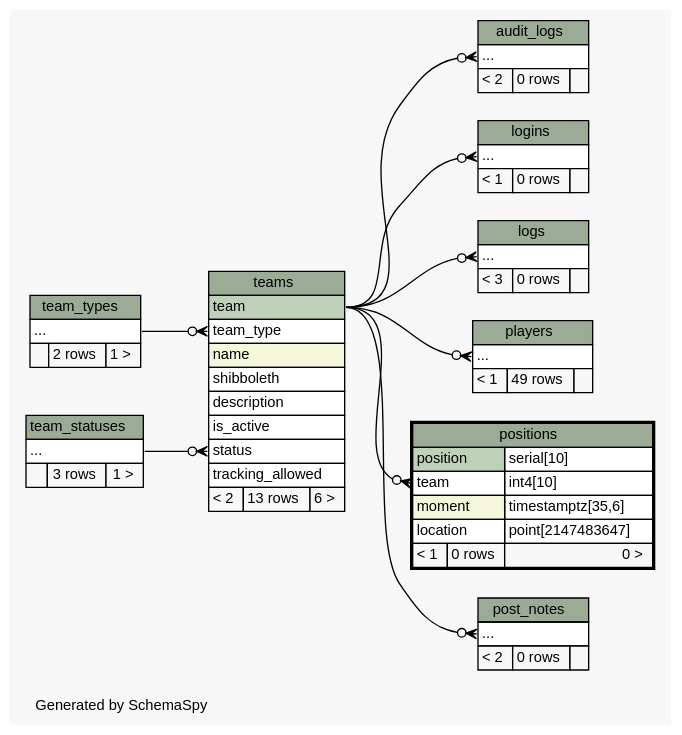
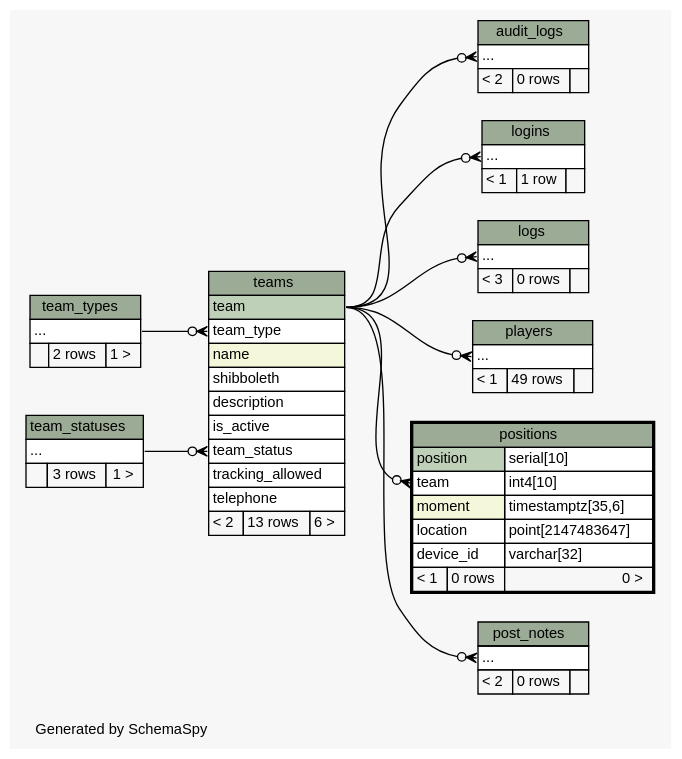
One commit to xmarwin/brazda changed the diagram in Brazda/doc/db/diagrams/positions.2degrees.dot. Above: the diagram before and after it, drawn with Graphviz. The commit also changed 100 other files, not shown here.

```diff
--- a/Brazda/doc/db/diagrams/positions.2degrees.dot
+++ b/Brazda/doc/db/diagrams/positions.2degrees.dot
@@ -1,130 +1,132 @@
 // dot 2.40.1 on Linux 4.11.5-gentoo
 // SchemaSpy rev 590
 digraph "twoDegreesRelationshipsDiagram" {
   graph [
     rankdir="RL"
     bgcolor="#f7f7f7"
     label="\nGenerated by SchemaSpy"
     labeljust="l"
     nodesep="0.18"
     ranksep="0.46"
     fontname="Helvetica"
     fontsize="11"
   ];
   node [
     fontname="Helvetica"
     fontsize="11"
     shape="plaintext"
   ];
   edge [
     arrowsize="0.8"
   ];
   "audit_logs":"elipses":w -> "teams":"team":e [arrowhead=none dir=back arrowtail=crowodot];
   "logins":"elipses":w -> "teams":"team":e [arrowhead=none dir=back arrowtail=crowodot];
   "logs":"elipses":w -> "teams":"team":e [arrowhead=none dir=back arrowtail=crowodot];
   "players":"elipses":w -> "teams":"team":e [arrowhead=none dir=back arrowtail=crowodot];
   "positions":"team":w -> "teams":"team":e [arrowhead=none dir=back arrowtail=crowodot];
   "post_notes":"elipses":w -> "teams":"team":e [arrowhead=none dir=back arrowtail=crowodot];
-  "teams":"status":w -> "team_statuses":"elipses":e [arrowhead=none dir=back arrowtail=crowodot];
+  "teams":"team_status":w -> "team_statuses":"elipses":e [arrowhead=none dir=back arrowtail=crowodot];
   "teams":"team_type":w -> "team_types":"elipses":e [arrowhead=none dir=back arrowtail=crowodot];
   "audit_logs" [
     label=<
     <TABLE BORDER="0" CELLBORDER="1" CELLSPACING="0" BGCOLOR="#ffffff">
       <TR><TD COLSPAN="3" BGCOLOR="#9bab96" ALIGN="CENTER">audit_logs</TD></TR>
       <TR><TD PORT="elipses" COLSPAN="3" ALIGN="LEFT">...</TD></TR>
       <TR><TD ALIGN="LEFT" BGCOLOR="#f7f7f7">&lt; 2</TD><TD ALIGN="RIGHT" BGCOLOR="#f7f7f7">0 rows</TD><TD ALIGN="RIGHT" BGCOLOR="#f7f7f7">  </TD></TR>
     </TABLE>>
     URL="audit_logs.html"
     tooltip="audit_logs"
   ];
   "logins" [
     label=<
     <TABLE BORDER="0" CELLBORDER="1" CELLSPACING="0" BGCOLOR="#ffffff">
       <TR><TD COLSPAN="3" BGCOLOR="#9bab96" ALIGN="CENTER">logins</TD></TR>
       <TR><TD PORT="elipses" COLSPAN="3" ALIGN="LEFT">...</TD></TR>
-      <TR><TD ALIGN="LEFT" BGCOLOR="#f7f7f7">&lt; 1</TD><TD ALIGN="RIGHT" BGCOLOR="#f7f7f7">0 rows</TD><TD ALIGN="RIGHT" BGCOLOR="#f7f7f7">  </TD></TR>
+      <TR><TD ALIGN="LEFT" BGCOLOR="#f7f7f7">&lt; 1</TD><TD ALIGN="RIGHT" BGCOLOR="#f7f7f7">1 row</TD><TD ALIGN="RIGHT" BGCOLOR="#f7f7f7">  </TD></TR>
     </TABLE>>
     URL="logins.html"
     tooltip="logins"
   ];
   "logs" [
     label=<
     <TABLE BORDER="0" CELLBORDER="1" CELLSPACING="0" BGCOLOR="#ffffff">
       <TR><TD COLSPAN="3" BGCOLOR="#9bab96" ALIGN="CENTER">logs</TD></TR>
       <TR><TD PORT="elipses" COLSPAN="3" ALIGN="LEFT">...</TD></TR>
       <TR><TD ALIGN="LEFT" BGCOLOR="#f7f7f7">&lt; 3</TD><TD ALIGN="RIGHT" BGCOLOR="#f7f7f7">0 rows</TD><TD ALIGN="RIGHT" BGCOLOR="#f7f7f7">  </TD></TR>
     </TABLE>>
     URL="logs.html"
     tooltip="logs"
   ];
   "players" [
     label=<
     <TABLE BORDER="0" CELLBORDER="1" CELLSPACING="0" BGCOLOR="#ffffff">
       <TR><TD COLSPAN="3" BGCOLOR="#9bab96" ALIGN="CENTER">players</TD></TR>
       <TR><TD PORT="elipses" COLSPAN="3" ALIGN="LEFT">...</TD></TR>
       <TR><TD ALIGN="LEFT" BGCOLOR="#f7f7f7">&lt; 1</TD><TD ALIGN="RIGHT" BGCOLOR="#f7f7f7">49 rows</TD><TD ALIGN="RIGHT" BGCOLOR="#f7f7f7">  </TD></TR>
     </TABLE>>
     URL="players.html"
     tooltip="players"
   ];
   "positions" [
     label=<
     <TABLE BORDER="2" CELLBORDER="1" CELLSPACING="0" BGCOLOR="#ffffff">
       <TR><TD COLSPAN="3" BGCOLOR="#9bab96" ALIGN="CENTER">positions</TD></TR>
       <TR><TD PORT="position" COLSPAN="2" BGCOLOR="#bed1b8" ALIGN="LEFT">position</TD><TD PORT="position.type" ALIGN="LEFT">serial[10]</TD></TR>
       <TR><TD PORT="team" COLSPAN="2" ALIGN="LEFT">team</TD><TD PORT="team.type" ALIGN="LEFT">int4[10]</TD></TR>
       <TR><TD PORT="moment" COLSPAN="2" BGCOLOR="#f4f7da" ALIGN="LEFT">moment</TD><TD PORT="moment.type" ALIGN="LEFT">timestamptz[35,6]</TD></TR>
       <TR><TD PORT="location" COLSPAN="2" ALIGN="LEFT">location</TD><TD PORT="location.type" ALIGN="LEFT">point[2147483647]</TD></TR>
+      <TR><TD PORT="device_id" COLSPAN="2" ALIGN="LEFT">device_id</TD><TD PORT="device_id.type" ALIGN="LEFT">varchar[32]</TD></TR>
       <TR><TD ALIGN="LEFT" BGCOLOR="#f7f7f7">&lt; 1</TD><TD ALIGN="RIGHT" BGCOLOR="#f7f7f7">0 rows</TD><TD ALIGN="RIGHT" BGCOLOR="#f7f7f7">0 &gt;</TD></TR>
     </TABLE>>
     URL="positions.html"
     tooltip="positions"
   ];
   "post_notes" [
     label=<
     <TABLE BORDER="0" CELLBORDER="1" CELLSPACING="0" BGCOLOR="#ffffff">
       <TR><TD COLSPAN="3" BGCOLOR="#9bab96" ALIGN="CENTER">post_notes</TD></TR>
       <TR><TD PORT="elipses" COLSPAN="3" ALIGN="LEFT">...</TD></TR>
       <TR><TD ALIGN="LEFT" BGCOLOR="#f7f7f7">&lt; 2</TD><TD ALIGN="RIGHT" BGCOLOR="#f7f7f7">0 rows</TD><TD ALIGN="RIGHT" BGCOLOR="#f7f7f7">  </TD></TR>
     </TABLE>>
     URL="post_notes.html"
     tooltip="post_notes"
   ];
   "team_statuses" [
     label=<
     <TABLE BORDER="0" CELLBORDER="1" CELLSPACING="0" BGCOLOR="#ffffff">
       <TR><TD COLSPAN="3" BGCOLOR="#9bab96" ALIGN="CENTER">team_statuses</TD></TR>
       <TR><TD PORT="elipses" COLSPAN="3" ALIGN="LEFT">...</TD></TR>
       <TR><TD ALIGN="LEFT" BGCOLOR="#f7f7f7">  </TD><TD ALIGN="RIGHT" BGCOLOR="#f7f7f7">3 rows</TD><TD ALIGN="RIGHT" BGCOLOR="#f7f7f7">1 &gt;</TD></TR>
     </TABLE>>
     URL="team_statuses.html"
     tooltip="team_statuses"
   ];
   "team_types" [
     label=<
     <TABLE BORDER="0" CELLBORDER="1" CELLSPACING="0" BGCOLOR="#ffffff">
       <TR><TD COLSPAN="3" BGCOLOR="#9bab96" ALIGN="CENTER">team_types</TD></TR>
       <TR><TD PORT="elipses" COLSPAN="3" ALIGN="LEFT">...</TD></TR>
       <TR><TD ALIGN="LEFT" BGCOLOR="#f7f7f7">  </TD><TD ALIGN="RIGHT" BGCOLOR="#f7f7f7">2 rows</TD><TD ALIGN="RIGHT" BGCOLOR="#f7f7f7">1 &gt;</TD></TR>
     </TABLE>>
     URL="team_types.html"
     tooltip="team_types"
   ];
   "teams" [
     label=<
     <TABLE BORDER="0" CELLBORDER="1" CELLSPACING="0" BGCOLOR="#ffffff">
       <TR><TD COLSPAN="3" BGCOLOR="#9bab96" ALIGN="CENTER">teams</TD></TR>
       <TR><TD PORT="team" COLSPAN="3" BGCOLOR="#bed1b8" ALIGN="LEFT">team</TD></TR>
       <TR><TD PORT="team_type" COLSPAN="3" ALIGN="LEFT">team_type</TD></TR>
       <TR><TD PORT="name" COLSPAN="3" BGCOLOR="#f4f7da" ALIGN="LEFT">name</TD></TR>
       <TR><TD PORT="shibboleth" COLSPAN="3" ALIGN="LEFT">shibboleth</TD></TR>
       <TR><TD PORT="description" COLSPAN="3" ALIGN="LEFT">description</TD></TR>
       <TR><TD PORT="is_active" COLSPAN="3" ALIGN="LEFT">is_active</TD></TR>
-      <TR><TD PORT="status" COLSPAN="3" ALIGN="LEFT">status</TD></TR>
+      <TR><TD PORT="team_status" COLSPAN="3" ALIGN="LEFT">team_status</TD></TR>
       <TR><TD PORT="tracking_allowed" COLSPAN="3" ALIGN="LEFT">tracking_allowed</TD></TR>
+      <TR><TD PORT="telephone" COLSPAN="3" ALIGN="LEFT">telephone</TD></TR>
       <TR><TD ALIGN="LEFT" BGCOLOR="#f7f7f7">&lt; 2</TD><TD ALIGN="RIGHT" BGCOLOR="#f7f7f7">13 rows</TD><TD ALIGN="RIGHT" BGCOLOR="#f7f7f7">6 &gt;</TD></TR>
     </TABLE>>
     URL="teams.html"
     tooltip="teams"
   ];
 }
```
